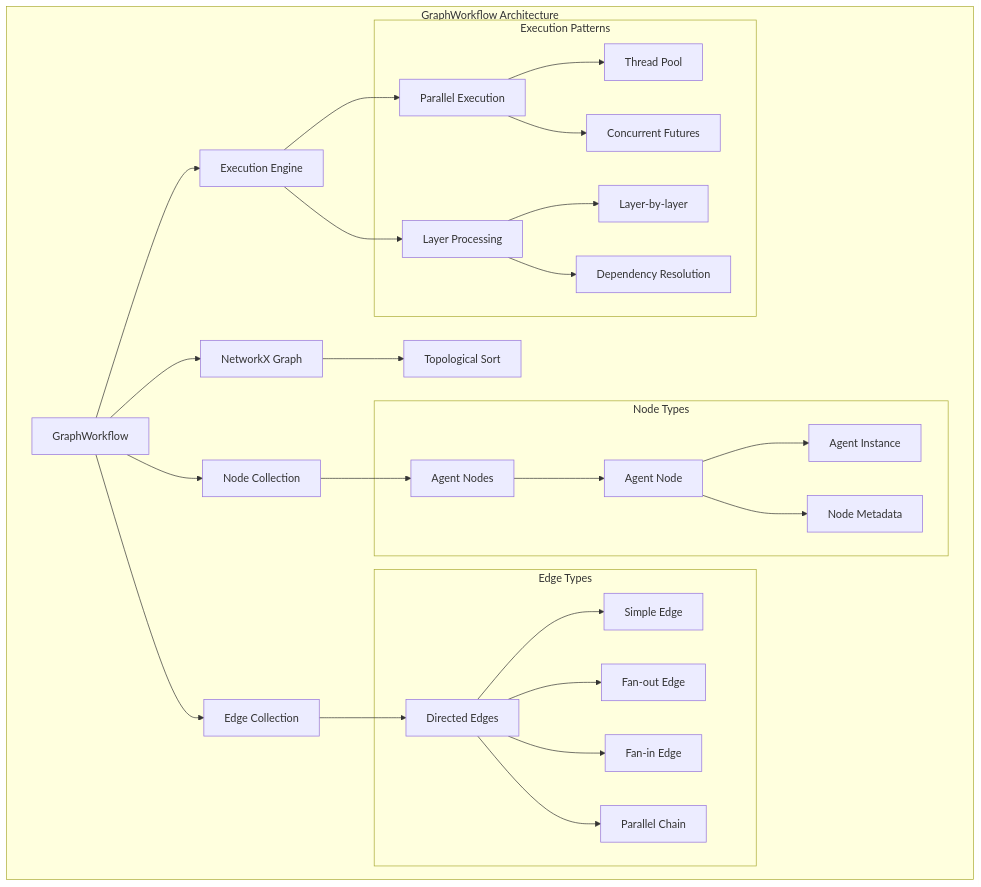
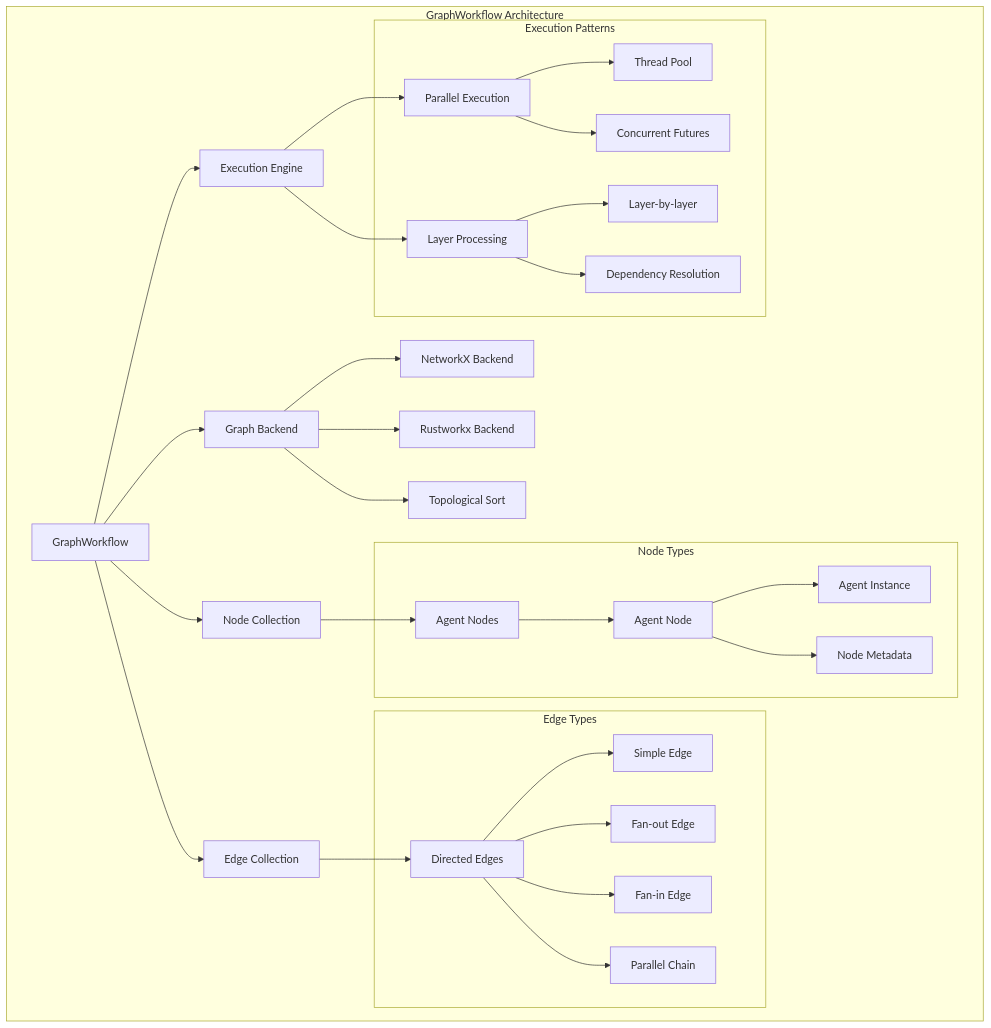
The diagram in docs/swarms/structs/graph_workflow.md (kyegomez/swarms), drawn with Mermaid before and after one commit. The commit also changed other lines of this file, not shown here.

Commit message:
[FEAT][rustworkx integration into GraphWorkflow] [New Examples] [Update GraphWorkflow docs]

````diff
--- a/docs/swarms/structs/graph_workflow.md
+++ b/docs/swarms/structs/graph_workflow.md
@@ -23,35 +24,37 @@
 ```mermaid
 graph TB
     subgraph "GraphWorkflow Architecture"
         A[GraphWorkflow] --> B[Node Collection]
         A --> C[Edge Collection]
-        A --> D[NetworkX Graph]
+        A --> D[Graph Backend]
         A --> E[Execution Engine]
         
         B --> F[Agent Nodes]
         C --> G[Directed Edges]
-        D --> H[Topological Sort]
-        E --> I[Parallel Execution]
-        E --> J[Layer Processing]
+        D --> H[NetworkX Backend]
+        D --> I[Rustworkx Backend]
+        D --> J[Topological Sort]
+        E --> K[Parallel Execution]
+        E --> L[Layer Processing]
         
         subgraph "Node Types"
-            F --> K[Agent Node]
-            K --> L[Agent Instance]
-            K --> M[Node Metadata]
+            F --> M[Agent Node]
+            M --> N[Agent Instance]
+            M --> O[Node Metadata]
         end
         
         subgraph "Edge Types"
-            G --> N[Simple Edge]
-            G --> O[Fan-out Edge]
-            G --> P[Fan-in Edge]
-            G --> Q[Parallel Chain]
+            G --> P[Simple Edge]
+            G --> Q[Fan-out Edge]
+            G --> R[Fan-in Edge]
+            G --> S[Parallel Chain]
         end
         
         subgraph "Execution Patterns"
-            I --> R[Thread Pool]
-            I --> S[Concurrent Futures]
-            J --> T[Layer-by-layer]
-            J --> U[Dependency Resolution]
+            K --> T[Thread Pool]
+            K --> U[Concurrent Futures]
+            L --> V[Layer-by-layer]
+            L --> W[Dependency Resolution]
         end
     end
 ```
````
